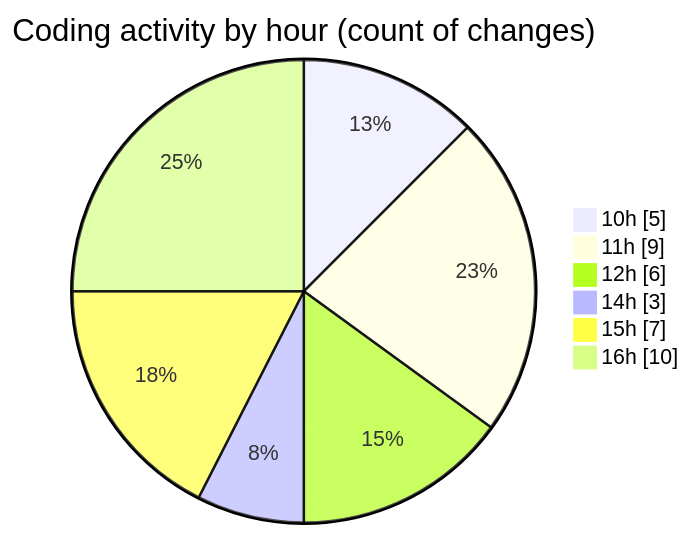
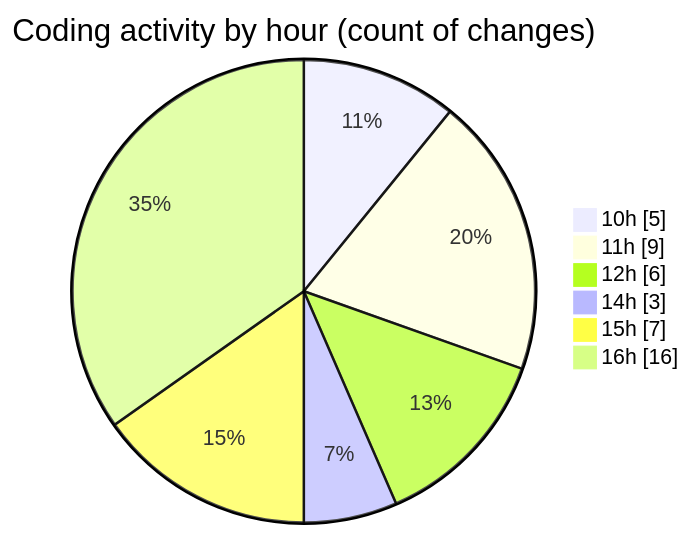
One commit to nxtqubesakshisongat/code-tracking changed the second of 2 diagrams in 2025-08-11/nxtqube_webapp/README.md. Above: the diagram before and after it, drawn with Mermaid. The commit also changed other lines of this file and 1 other file, not shown here.

````diff
--- a/2025-08-11/nxtqube_webapp/README.md
+++ b/2025-08-11/nxtqube_webapp/README.md
@@ -29,10 +29,10 @@
 ```mermaid
 pie showData
 title Coding activity by hour (count of changes)
 "10h" : 5
 "11h" : 9
 "12h" : 6
 "14h" : 3
 "15h" : 7
-"16h" : 10
+"16h" : 16
 ```
````
